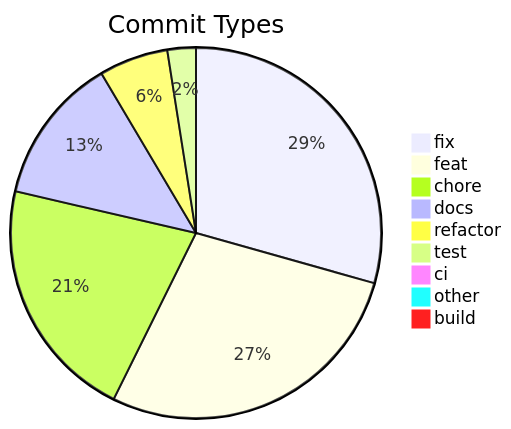
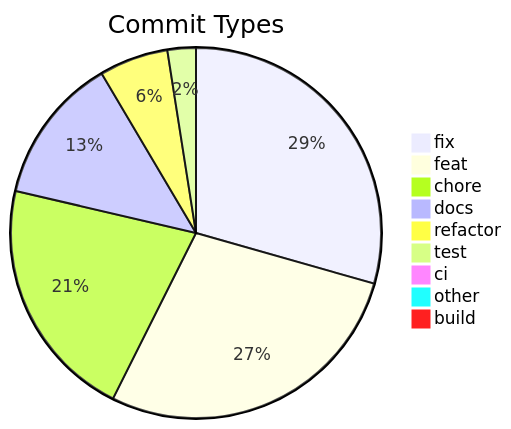
The diagram in .shipwright/compliance/change-history.md (svenroth-ai/shipwright), drawn with Mermaid before and after one commit. The commit also changed other lines of this file and 37 other files, not shown here.

````diff
--- a/.shipwright/compliance/change-history.md
+++ b/.shipwright/compliance/change-history.md
@@ -8,12 +8,12 @@
 ```mermaid
 pie title Commit Types
-    "fix" : 331
-    "feat" : 315
+    "fix" : 332
+    "feat" : 316
     "chore" : 240
     "docs" : 145
     "refactor" : 68
     "test" : 28
     "ci" : 11
     "other" : 9
     "build" : 1
 ```
````
